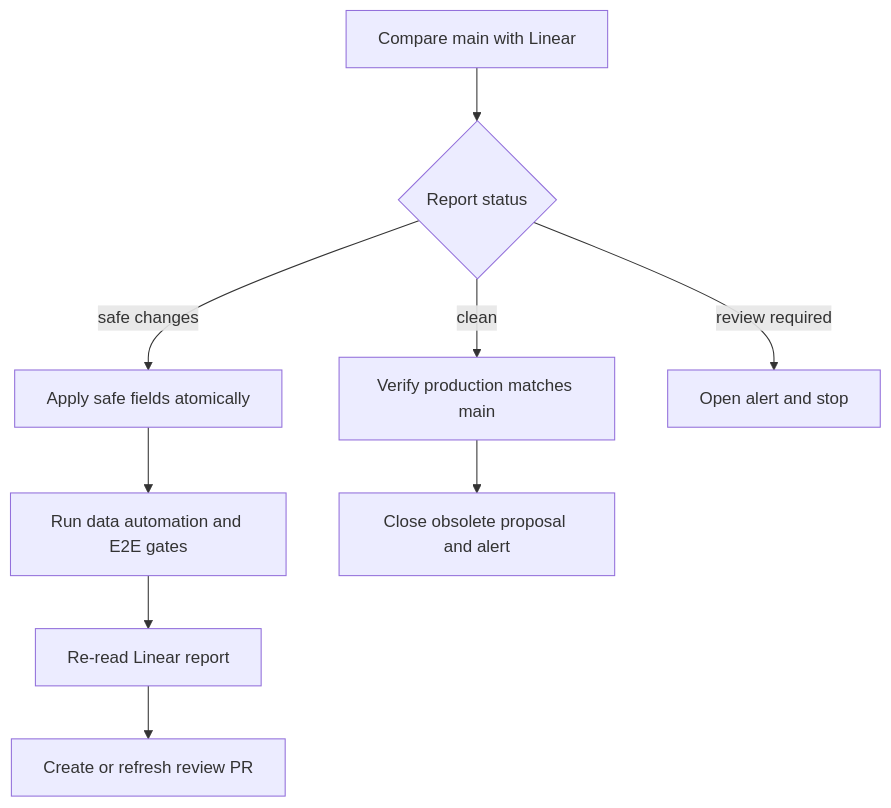
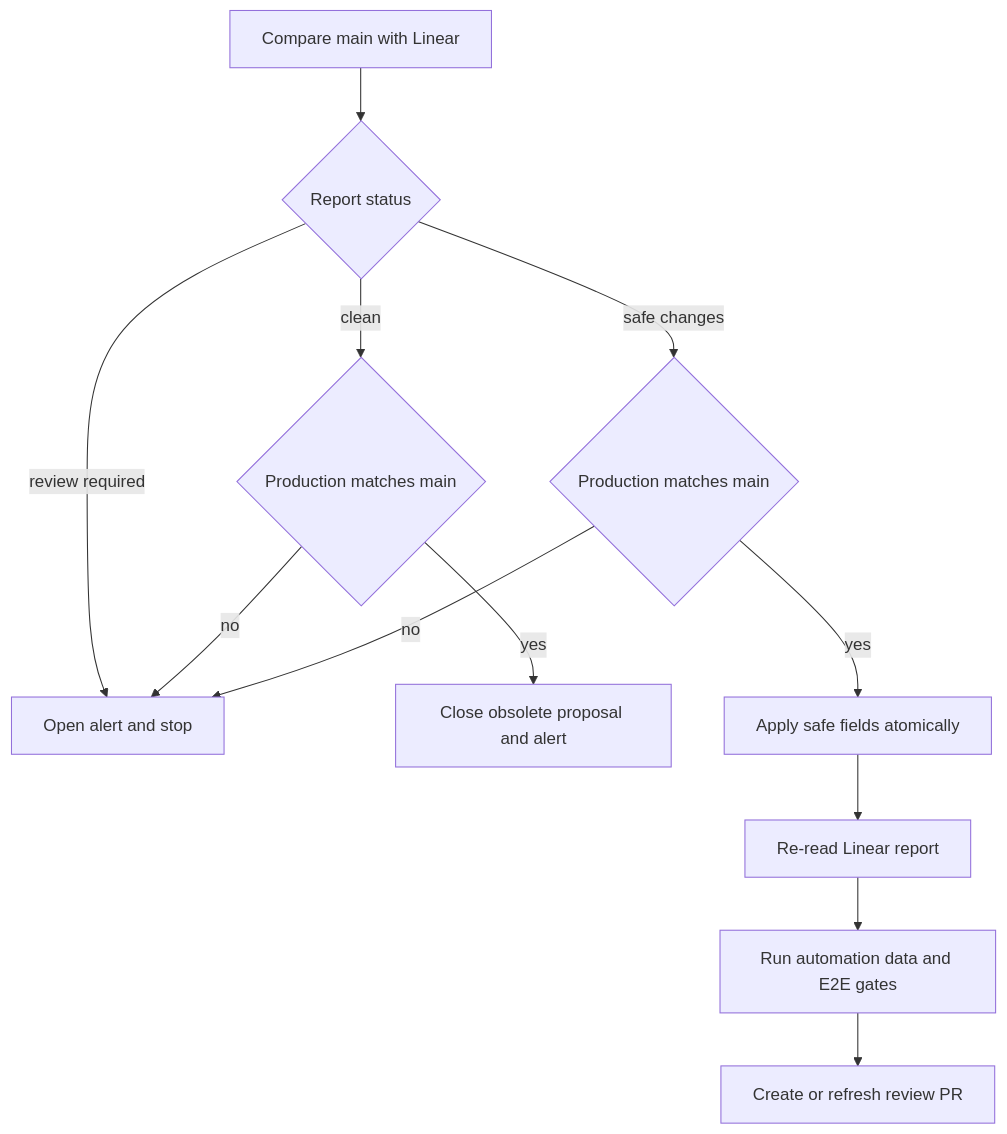
Before and after one commit to maximofn/gymnasia: the third of 4 diagrams in openwiki/services/architecture-board.md, drawn with Mermaid. The commit also changed other lines of this file and 24 other files, not shown here.

First line of the commit message:
docs(openwiki): document GYM-226 (ticket para automatizar la subida a Google Play) release flow

````diff
--- a/openwiki/services/architecture-board.md
+++ b/openwiki/services/architecture-board.md
@@ -122,11 +122,14 @@
 ```mermaid
 flowchart TD
     Audit["Compare main with Linear"] --> Classify{"Report status"}
-    Classify -->|"clean"| Verify["Verify production matches main"]
-    Classify -->|"safe changes"| Apply["Apply safe fields atomically"]
-    Apply --> Gates["Run data automation and E2E gates"]
-    Gates --> Recheck["Re-read Linear report"]
-    Recheck --> Proposal["Create or refresh review PR"]
+    Classify -->|"clean"| VerifyClean{"Production matches main"}
+    Classify -->|"safe changes"| VerifySafe{"Production matches main"}
     Classify -->|"review required"| Alert["Open alert and stop"]
-    Verify --> Healthy["Close obsolete proposal and alert"]
+    VerifyClean -->|"yes"| Healthy["Close obsolete proposal and alert"]
+    VerifyClean -->|"no"| Alert
+    VerifySafe -->|"yes"| Apply["Apply safe fields atomically"]
+    VerifySafe -->|"no"| Alert
+    Apply --> Recheck["Re-read Linear report"]
+    Recheck --> Gates["Run automation data and E2E gates"]
+    Gates --> Proposal["Create or refresh review PR"]
 ```
````
